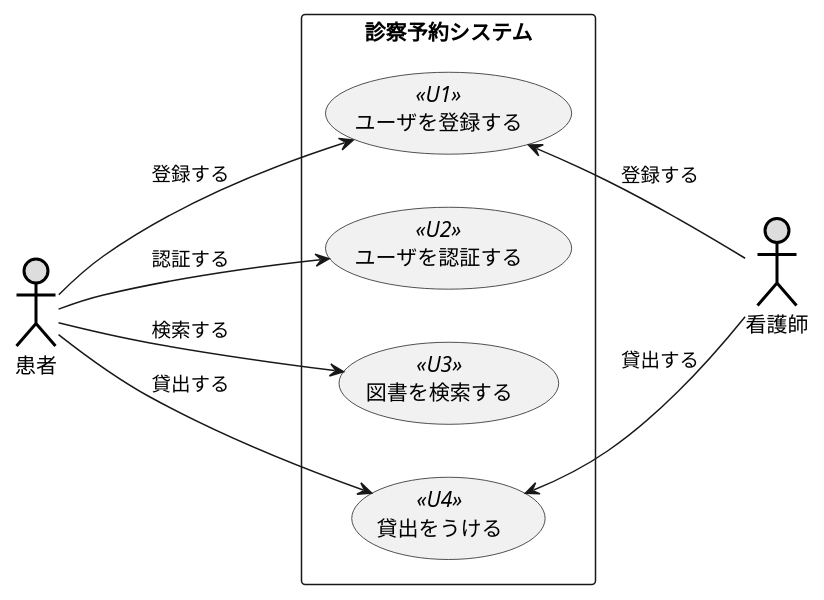
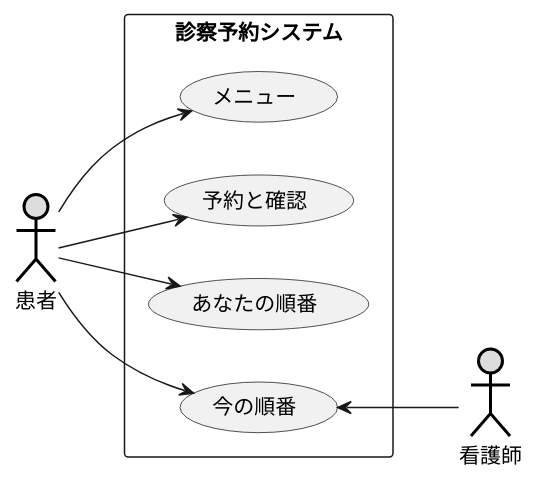
The diagram in 演習6-3_ユースケース図_診察予約システム.pu (sakamotoshuri/uml_introduction), drawn with PlantUML before and after one commit. The commit also changed 3 other files, not shown here.

```diff
--- a/演習6-3_ユースケース図_診察予約システム.pu
+++ b/演習6-3_ユースケース図_診察予約システム.pu
@@ -1,17 +1,16 @@
 @startuml 演習
 left to right direction
 actor 患者#DDDDDD;line:black;line.bold;
 actor 看護師#DDDDDD;line:black;line.bold;
 rectangle 診察予約システム {
-usecase ユーザを登録する << U1 >>
-usecase ユーザを認証する << U2 >>
-usecase 図書を検索する << U3 >>
-usecase 貸出をうける << U4 >>
+usecase メニュー
+usecase 予約と確認
+usecase あなたの順番
+usecase 今の順番
 }
-患者--> ユーザを登録する : 登録する
-患者---> ユーザを認証する : 認証する
-患者---> 図書を検索する : 検索する
-患者--> 貸出をうける : 貸出する
-ユーザを登録する <-- 看護師 : 登録する
-貸出をうける <-- 看護師 : 貸出する
+患者--> メニュー
+患者--> 予約と確認
+患者--> あなたの順番
+患者--> 今の順番
+今の順番 <-- 看護師
 @enduml
```
